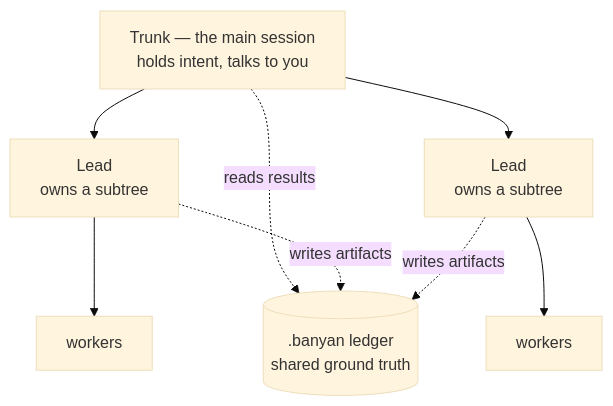
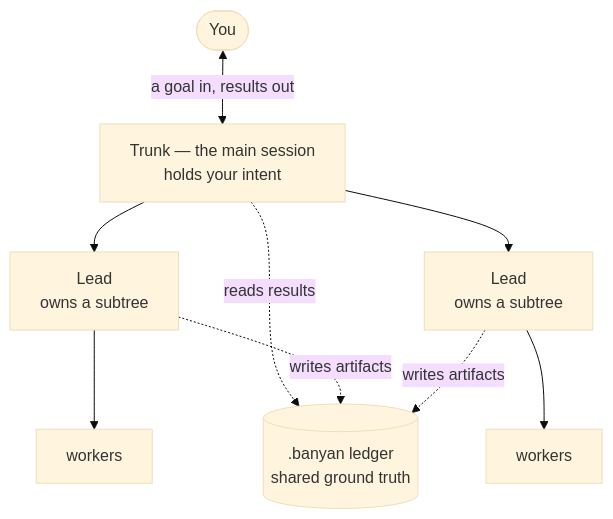
The first of 2 diagrams in README.md (rcmoynihan/banyan), drawn with Mermaid (base theme) before and after one commit. The commit also changed other lines of this file, not shown here.

First line of the commit message:
docs(readme): put the human in the orchestration diagrams

````diff
--- a/README.md
+++ b/README.md
@@ -22,17 +23,19 @@
 ```mermaid
 flowchart TD
-  trunk["Trunk — the main session<br/>holds intent, talks to you"]
+  human(["You"])
+  trunk["Trunk — the main session<br/>holds your intent"]
   leadA["Lead<br/>owns a subtree"]
   leadB["Lead<br/>owns a subtree"]
   w1["workers"]
   w2["workers"]
   ledger[(".banyan ledger<br/>shared ground truth")]
 
+  human <-->|"a goal in, results out"| trunk
   trunk --> leadA
   trunk --> leadB
   leadA --> w1
   leadB --> w2
   trunk -. reads results .-> ledger
   leadA -. writes artifacts .-> ledger
   leadB -. writes artifacts .-> ledger
 ```
````
